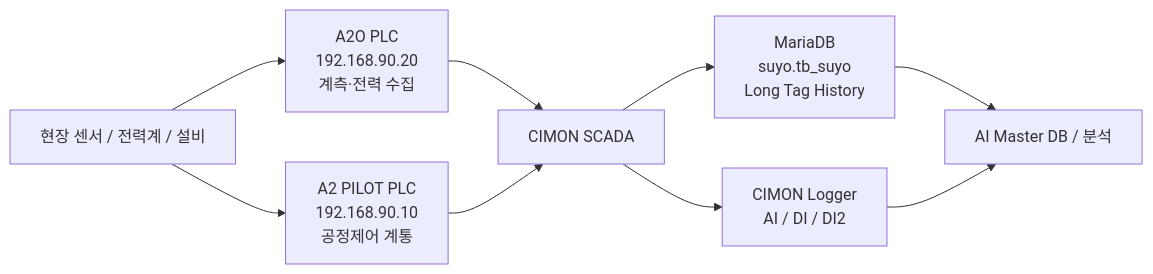
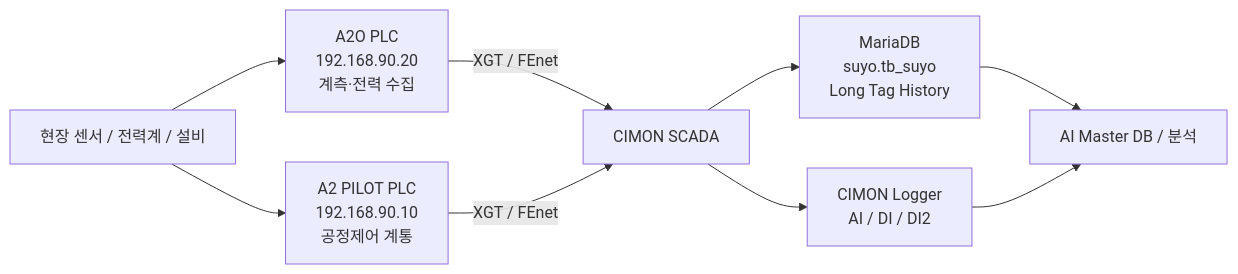
The diagram in 20-Water-AI/중랑/20-현장-시스템/01-중랑-데이터흐름-및-시스템경계.md (hori5000/Rulmera-OPA), drawn with Mermaid before and after one commit. The commit also changed other lines of this file and 163 other files, not shown here.

````diff
--- a/20-Water-AI/중랑/20-현장-시스템/01-중랑-데이터흐름-및-시스템경계.md
+++ b/20-Water-AI/중랑/20-현장-시스템/01-중랑-데이터흐름-및-시스템경계.md
@@ -32,11 +35,11 @@
 ```mermaid
 flowchart LR
     SENSOR["현장 센서 / 전력계 / 설비"] --> A2O["A2O PLC<br/>192.168.90.20<br/>계측·전력 수집"]
     SENSOR --> A2P["A2 PILOT PLC<br/>192.168.90.10<br/>공정제어 계통"]
-    A2O --> SCADA["CIMON SCADA"]
-    A2P --> SCADA
+    A2O -->|"XGT / FEnet"| SCADA["CIMON SCADA"]
+    A2P -->|"XGT / FEnet"| SCADA
     SCADA --> DB["MariaDB<br/>suyo.tb_suyo<br/>Long Tag History"]
     SCADA --> LOGGER["CIMON Logger<br/>AI / DI / DI2"]
     DB --> AI["AI Master DB / 분석"]
     LOGGER --> AI
 ```
````
